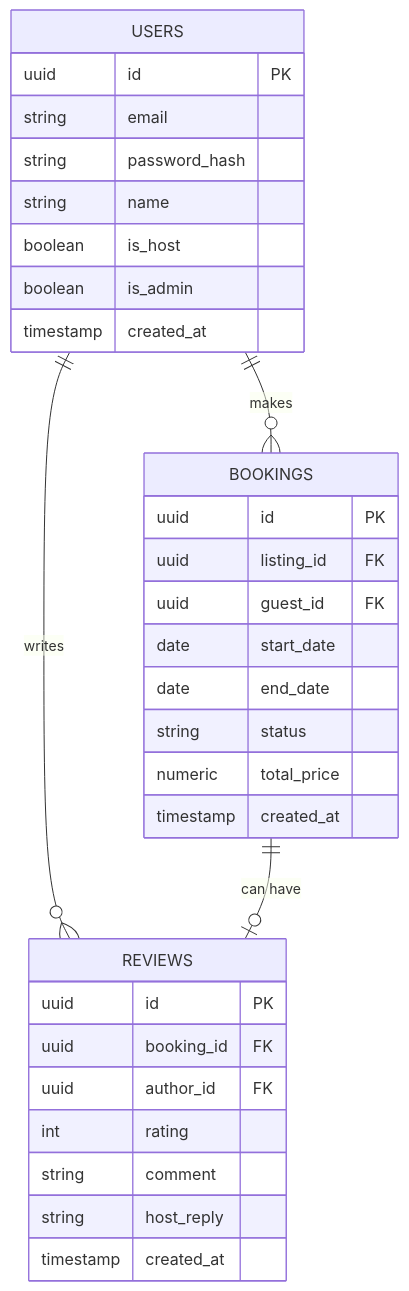
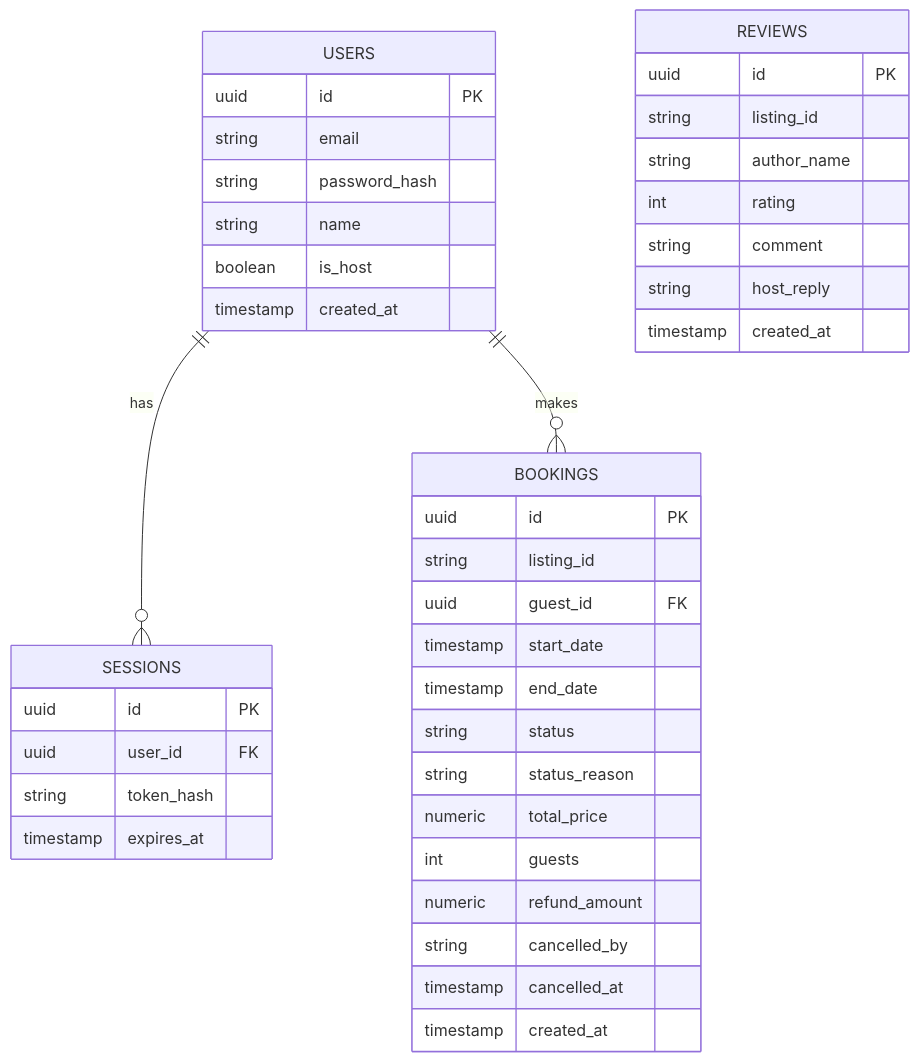
Before and after one commit to agustisera1/bookings_app: the first of 6 diagrams in docs/PROYECTO_B_MARKETPLACE.md, drawn with Mermaid. The commit also changed other lines of this file, not shown here.

Commit message:
docs: update project roadmap

````diff
--- a/docs/PROYECTO_B_MARKETPLACE.md
+++ b/docs/PROYECTO_B_MARKETPLACE.md
@@ -80,35 +86,44 @@
 ```mermaid
 erDiagram
   USERS {
     uuid id PK
     string email
     string password_hash
     string name
     boolean is_host
-    boolean is_admin
     timestamp created_at
+  }
+  SESSIONS {
+    uuid id PK
+    uuid user_id FK
+    string token_hash
+    timestamp expires_at
   }
   BOOKINGS {
     uuid id PK
-    uuid listing_id FK
+    string listing_id
     uuid guest_id FK
-    date start_date
-    date end_date
+    timestamp start_date
+    timestamp end_date
     string status
+    string status_reason
     numeric total_price
+    int guests
+    numeric refund_amount
+    string cancelled_by
+    timestamp cancelled_at
     timestamp created_at
   }
   REVIEWS {
     uuid id PK
-    uuid booking_id FK
-    uuid author_id FK
+    string listing_id
+    string author_name
     int rating
     string comment
     string host_reply
     timestamp created_at
   }
 
+  USERS ||--o{ SESSIONS : has
   USERS ||--o{ BOOKINGS : makes
-  USERS ||--o{ REVIEWS : writes
-  BOOKINGS ||--o| REVIEWS : "can have"
 ```
````
